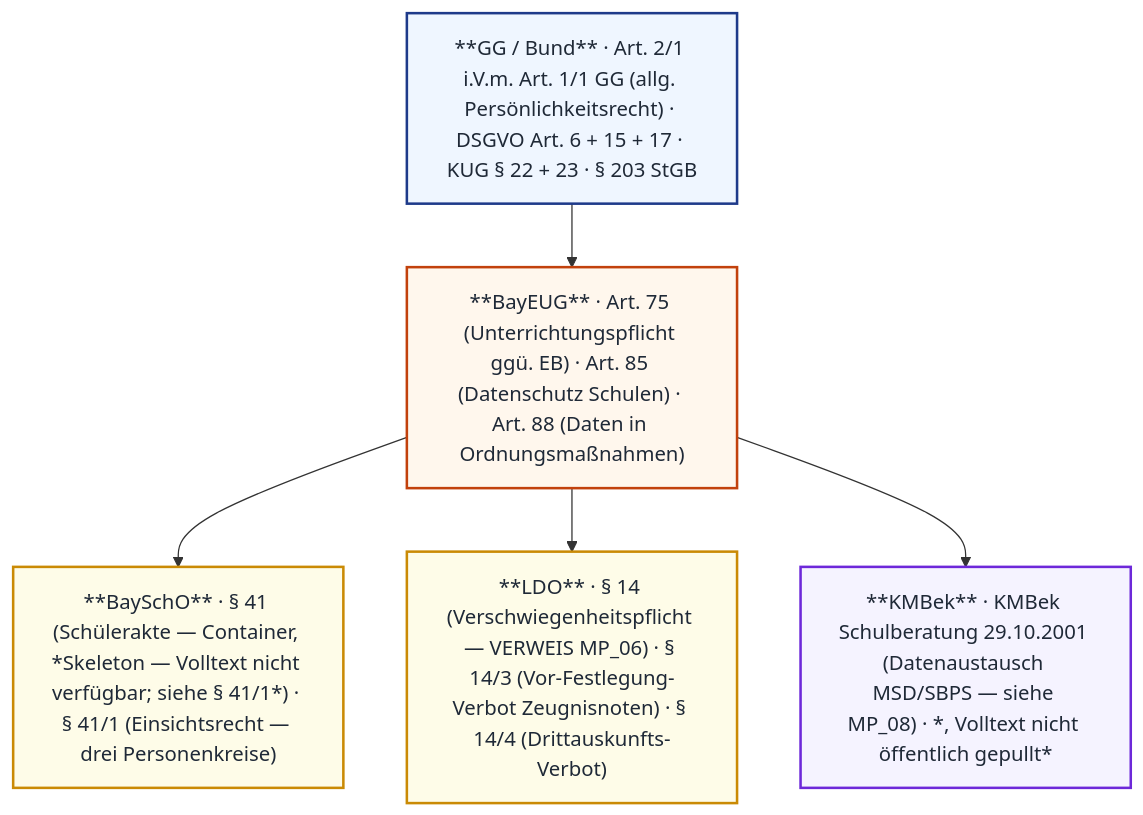
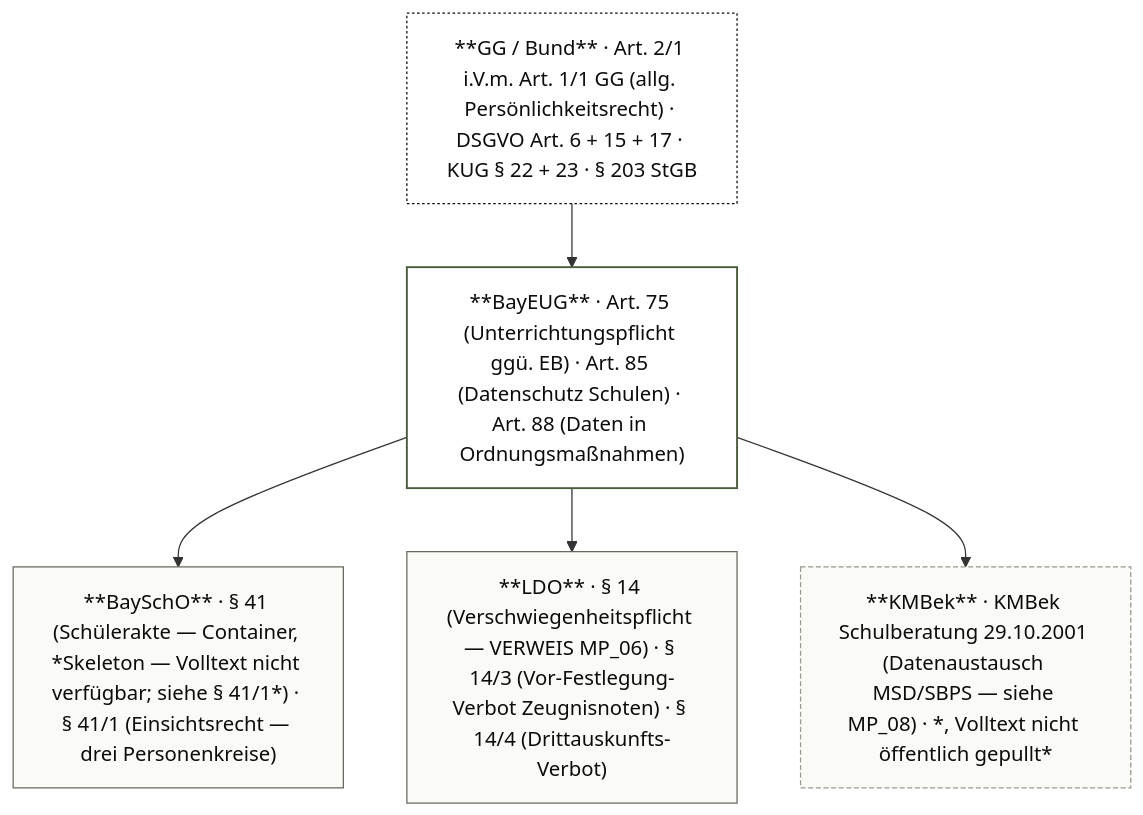
The first of 5 diagrams in _mkdocs/docs/mp09/index.md (snflsknfkldnfs/weitergehts-online), drawn with Mermaid before and after one commit. The commit also changed 30 other files, not shown here.

````diff
--- a/_mkdocs/docs/mp09/index.md
+++ b/_mkdocs/docs/mp09/index.md
@@ -13,18 +13,18 @@
 ```mermaid
 flowchart TB
  GG["**GG / Bund** · Art. 2/1 i.V.m. Art. 1/1 GG (allg. Persönlichkeitsrecht) · DSGVO Art. 6 + 15 + 17 · KUG § 22 + 23 · § 203 StGB "]:::bund
  BAY["**BayEUG** · Art. 75 (Unterrichtungspflicht ggü. EB) · Art. 85 (Datenschutz Schulen) · Art. 88 (Daten in Ordnungsmaßnahmen)"]:::bay
  SCHO["**BaySchO** · § 41 (Schülerakte — Container, *Skeleton — Volltext nicht verfügbar; siehe § 41/1*) · § 41/1 (Einsichtsrecht — drei Personenkreise)"]:::vo
  LDO["**LDO** · § 14 (Verschwiegenheitspflicht — VERWEIS MP_06) · § 14/3 (Vor-Festlegung-Verbot Zeugnisnoten) · § 14/4 (Drittauskunfts-Verbot)"]:::vo
  KMBEK["**KMBek** · KMBek Schulberatung 29.10.2001 (Datenaustausch MSD/SBPS — siehe MP_08) · *, Volltext nicht öffentlich gepullt*"]:::kmbek
 
  GG --> BAY
  BAY --> SCHO
  BAY --> LDO
  BAY --> KMBEK
 
- classDef bund fill:#eff6ff,stroke:#1e3a8a,stroke-width:2px,color:#1f2937
- classDef bay fill:#fff7ed,stroke:#c2410c,stroke-width:2px,color:#1f2937
- classDef vo fill:#fefce8,stroke:#ca8a04,stroke-width:2px,color:#1f2937
- classDef kmbek fill:#f5f3ff,stroke:#6d28d9,stroke-width:2px,color:#1f2937
+ classDef bund fill:#ffffff,stroke:#0c0c0a,stroke-width:1px,color:#0c0c0a,stroke-dasharray: 2 2
+ classDef bay fill:#ffffff,stroke:#4a5d3b,stroke-width:1.5px,color:#0c0c0a
+ classDef vo fill:#fafaf6,stroke:#6b685f,stroke-width:1px,color:#0c0c0a
+ classDef kmbek fill:#fafaf6,stroke:#9b988e,stroke-width:1px,color:#0c0c0a,stroke-dasharray: 4 2
 ```
````
